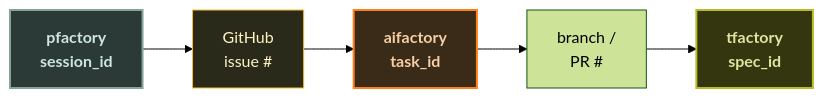
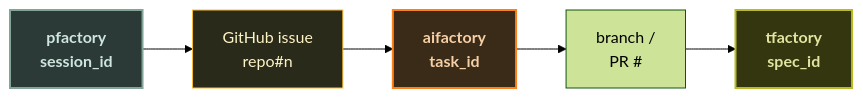
The third of 3 diagrams in docs/architecture.md (olafkfreund/Factory), drawn with Mermaid (forest theme) before and after one commit. The commit also changed other lines of this file and 11 other files, not shown here.

```diff
--- a/docs/architecture.md
+++ b/docs/architecture.md
@@ -116,17 +118,17 @@
 <div class="mermaid">
 flowchart LR
-    A["pfactory<br/>session_id"] --> B["GitHub<br/>issue #"]
+    A["pfactory<br/>session_id"] --> B["GitHub issue<br/>repo#n"]
     B --> C["aifactory<br/>task_id"]
     C --> D["branch /<br/>PR #"]
     D --> E["tfactory<br/>spec_id"]
 
     classDef key fill:#2a2a1a,stroke:#fabd2f,color:#fdf3c5;
     class B key;
     classDef pf fill:#2b3a37,stroke:#83a598,stroke-width:2px,color:#cfe6de,font-weight:bold;
     classDef af fill:#3a2b18,stroke:#fe8019,stroke-width:2px,color:#f6cfa6,font-weight:bold;
     classDef tf fill:#33360f,stroke:#b8bb26,stroke-width:2px,color:#e2e4a0,font-weight:bold;
     classDef cf fill:#3a3115,stroke:#fabd2f,stroke-width:2px,color:#f6dd98,font-weight:bold;
     class A pf;
     class C af;
     class E tf;
 </div>
```
